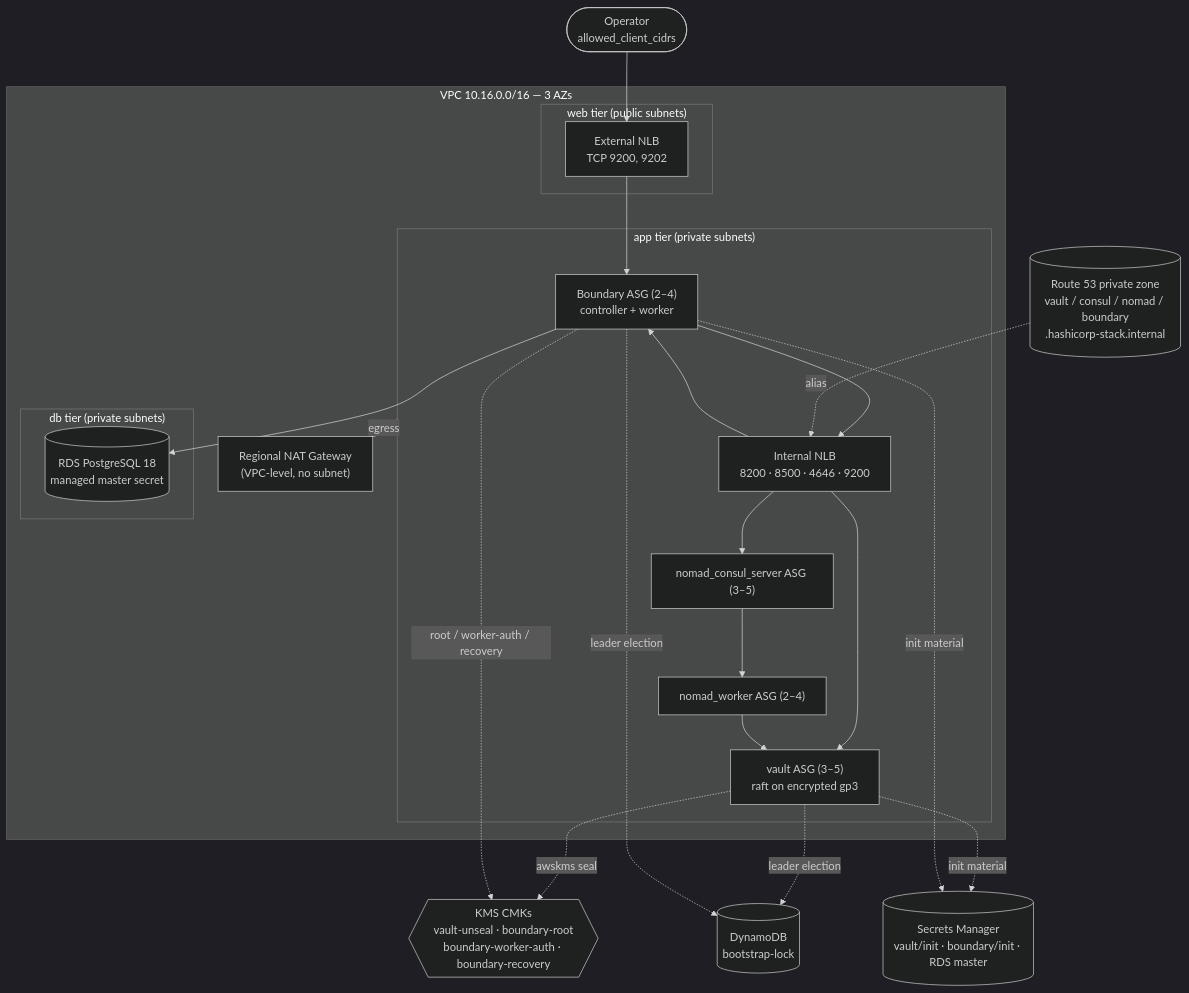
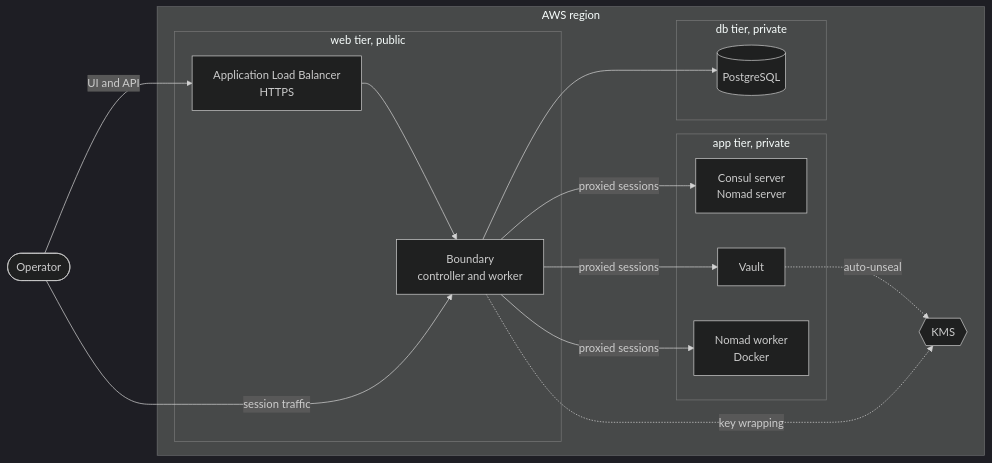
The diagram in README.md (Yophi123/hashicorp-stack), drawn with Mermaid (dark theme) before and after one commit. The commit also changed other lines of this file and 42 other files, not shown here.

````diff
--- a/README.md
+++ b/README.md
@@ -110,39 +22,30 @@
 ```mermaid
-flowchart TB
-    client(["Operator<br/>allowed_client_cidrs"])
+flowchart LR
+    user([Operator])
 
-    subgraph VPC["VPC 10.16.0.0/16 — 3 AZs"]
-        subgraph WEB["web tier (public subnets)"]
-            ext["External NLB<br/>TCP 9200, 9202"]
+    subgraph AWS["AWS region"]
+        subgraph web["web tier, public"]
+            alb["Application Load Balancer<br/>HTTPS"]
+            bnd["Boundary<br/>controller and worker"]
         end
-        nat["Regional NAT Gateway<br/>(VPC-level, no subnet)"]
-        subgraph APP["app tier (private subnets)"]
-            bnd["Boundary ASG (2–4)<br/>controller + worker"]
-            int["Internal NLB<br/>8200 · 8500 · 4646 · 9200"]
-            srv["nomad_consul_server ASG (3–5)"]
-            wrk["nomad_worker ASG (2–4)"]
-            vlt["vault ASG (3–5)<br/>raft on encrypted gp3"]
+        subgraph app["app tier, private"]
+            srv["Consul server<br/>Nomad server"]
+            vault["Vault"]
+            wrk["Nomad worker<br/>Docker"]
         end
-        subgraph DB["db tier (private subnets)"]
-            rds[("RDS PostgreSQL 18<br/>managed master secret")]
+        subgraph db["db tier, private"]
+            rds[("PostgreSQL")]
         end
+        kms{{"KMS"}}
     end
 
-    r53[("Route 53 private zone<br/>vault / consul / nomad / boundary<br/>.hashicorp-stack.internal")]
-    kms{{"KMS CMKs<br/>vault-unseal · boundary-root<br/>boundary-worker-auth · boundary-recovery"}}
-    ddb[("DynamoDB<br/>bootstrap-lock")]
-    sm[("Secrets Manager<br/>vault/init · boundary/init · RDS master")]
-
-    client --> ext --> bnd
-    APP -. egress .-> nat
+    user -->|"UI and API"| alb
+    alb --> bnd
+    user -->|"session traffic"| bnd
+    bnd -->|"proxied sessions"| srv
+    bnd -->|"proxied sessions"| vault
+    bnd -->|"proxied sessions"| wrk
     bnd --> rds
-    bnd --> int
-    r53 -. alias .-> int
-    int --> srv & vlt & bnd
-    srv --> wrk
-    wrk --> vlt
-    vlt -. awskms seal .-> kms
-    bnd -. root / worker-auth / recovery .-> kms
-    vlt & bnd -. leader election .-> ddb
-    vlt & bnd -. init material .-> sm
+    vault -.->|"auto-unseal"| kms
+    bnd -.->|"key wrapping"| kms
 ```
````
